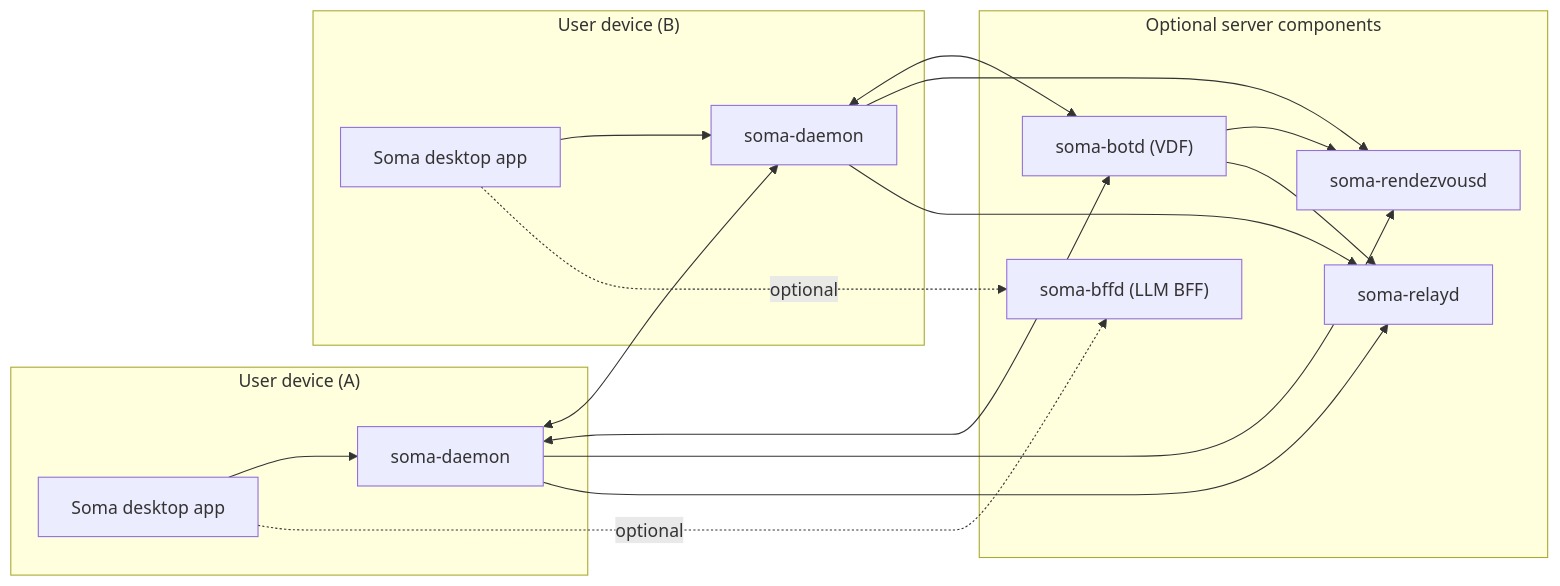
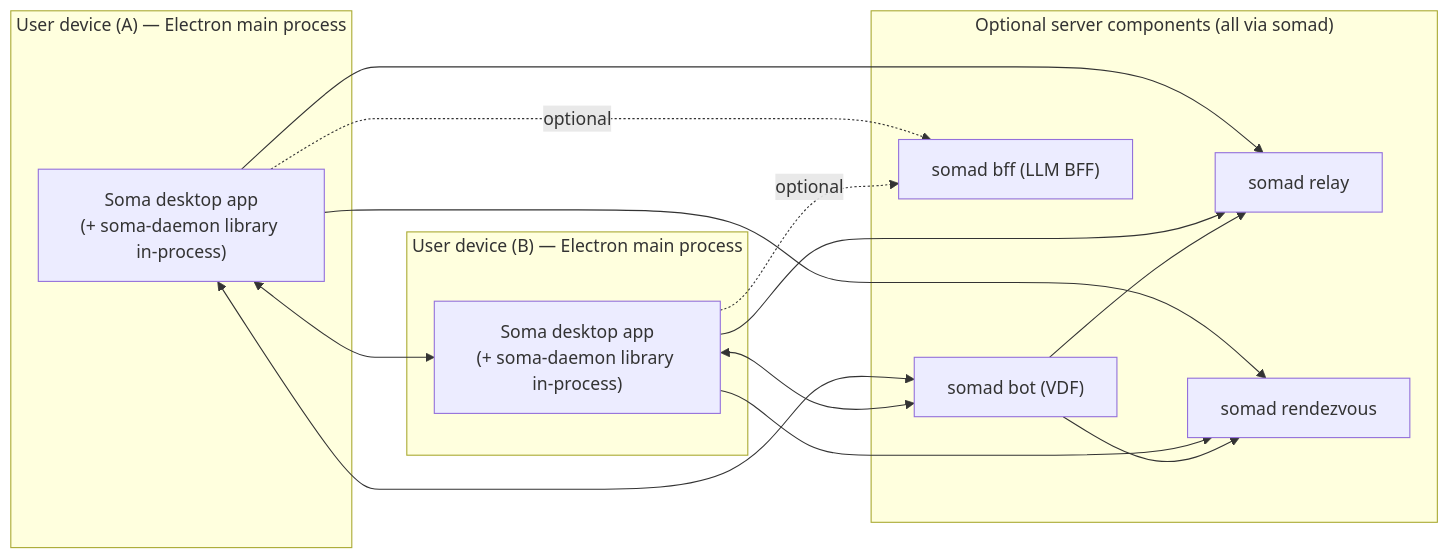
The diagram in docs/src/architecture/arc42/03-context.md (stephane-segning/soma), drawn with Mermaid before and after one commit. The commit also changed other lines of this file and 142 other files, not shown here.

````diff
--- a/docs/src/architecture/arc42/03-context.md
+++ b/docs/src/architecture/arc42/03-context.md
@@ -13,36 +13,32 @@
 ```mermaid
 flowchart LR
-  subgraph DeviceA["User device (A)"]
-    SomaA[Soma desktop app]
-    DaemonA[soma-daemon]
-    SomaA --> DaemonA
+  subgraph DeviceA["User device (A) — Electron main process"]
+    SomaA["Soma desktop app<br/>(+ soma-daemon library in-process)"]
   end
 
-  subgraph DeviceB["User device (B)"]
-    SomaB[Soma desktop app]
-    DaemonB[soma-daemon]
-    SomaB --> DaemonB
+  subgraph DeviceB["User device (B) — Electron main process"]
+    SomaB["Soma desktop app<br/>(+ soma-daemon library in-process)"]
   end
 
-  subgraph Server["Optional server components"]
-    Bot["soma-botd (VDF)"]
-    Relay[soma-relayd]
-    Rdz[soma-rendezvousd]
-    Bff["soma-bffd (LLM BFF)"]
+  subgraph Server["Optional server components (all via somad)"]
+    Bot["somad bot (VDF)"]
+    Relay["somad relay"]
+    Rdz["somad rendezvous"]
+    Bff["somad bff (LLM BFF)"]
   end
 
-  DaemonA <--> DaemonB
-  DaemonA <--> Bot
-  DaemonB <--> Bot
+  SomaA <--> SomaB
+  SomaA <--> Bot
+  SomaB <--> Bot
 
-  DaemonA --> Rdz
-  DaemonB --> Rdz
+  SomaA --> Rdz
+  SomaB --> Rdz
   Bot --> Rdz
 
-  DaemonA --> Relay
-  DaemonB --> Relay
+  SomaA --> Relay
+  SomaB --> Relay
   Bot --> Relay
 
   SomaA -. optional .-> Bff
   SomaB -. optional .-> Bff
 ```
````
